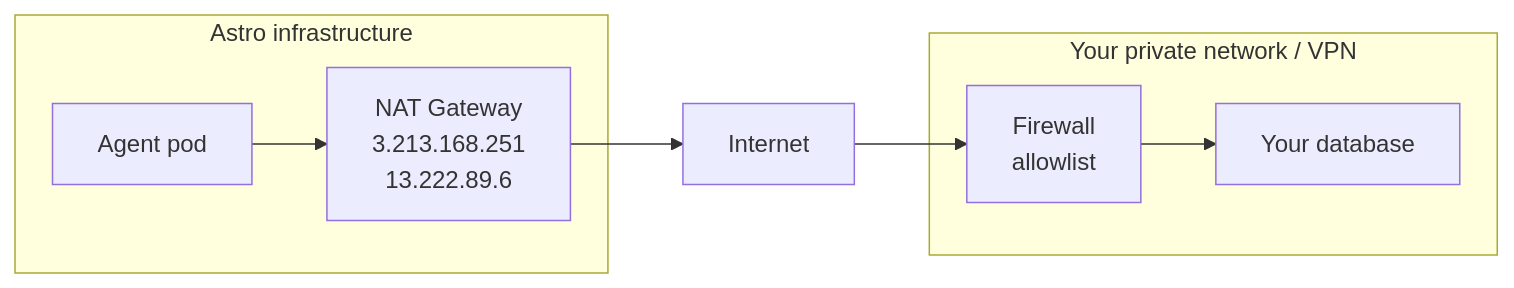
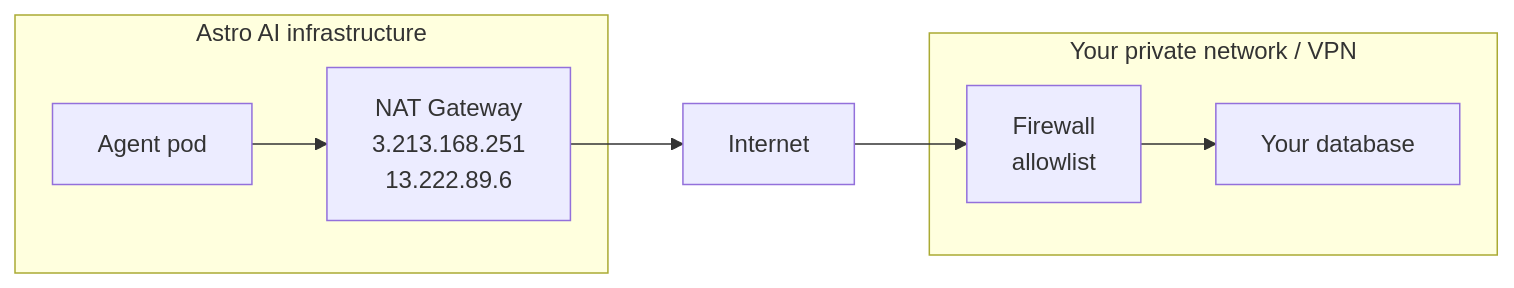
Before and after one commit to astropods/astro-cli: the diagram in docs-public/fern/docs/pages/private-database.mdx, drawn with Mermaid. The commit also changed other lines of this file and 18 other files, not shown here.

````diff
--- a/docs-public/fern/docs/pages/private-database.mdx
+++ b/docs-public/fern/docs/pages/private-database.mdx
@@ -13,11 +13,11 @@
 ```mermaid
 flowchart LR
-    subgraph astro["Astro infrastructure"]
+    subgraph astro["Astro AI infrastructure"]
         A[Agent pod] --> B[NAT Gateway<br/>3.213.168.251<br/>13.222.89.6]
     end
     B --> C[Internet]
     subgraph vpn["Your private network / VPN"]
         D[Firewall<br/>allowlist] --> E[Your database]
     end
     C --> D
 ```
````
